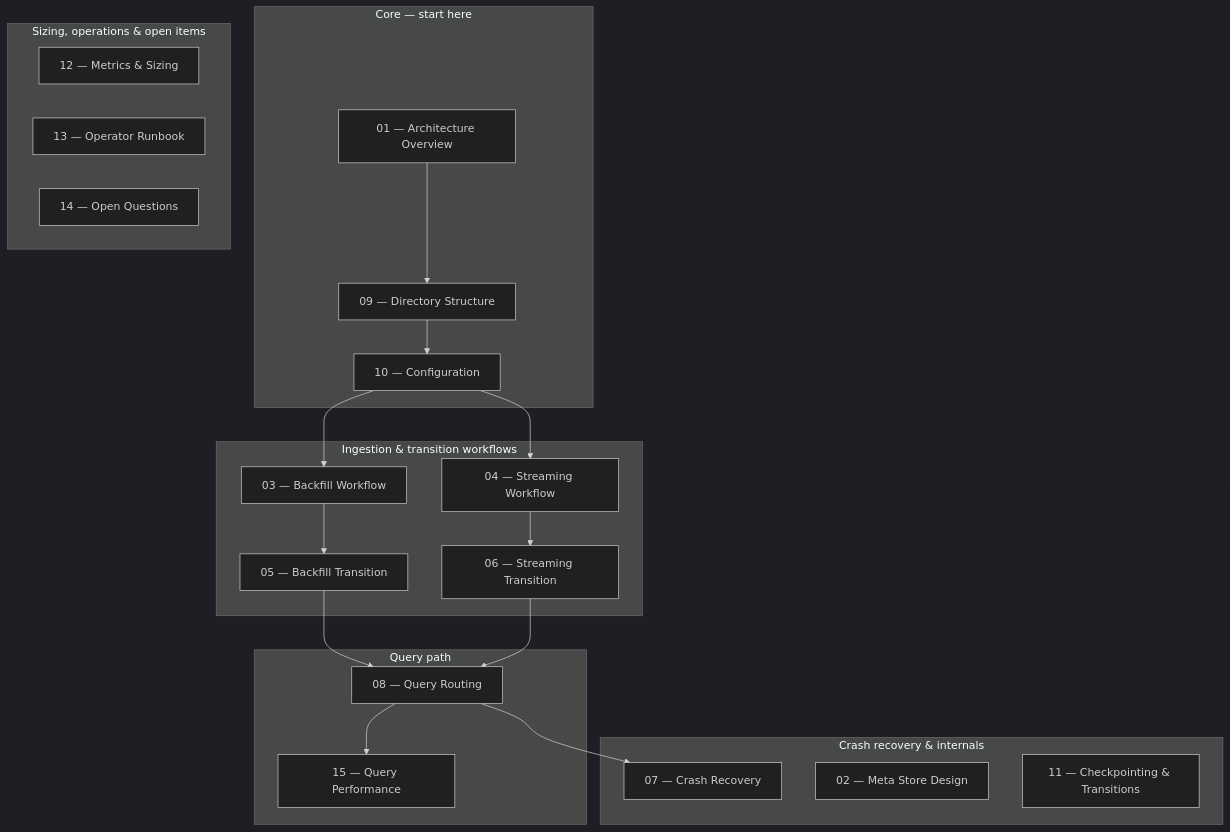
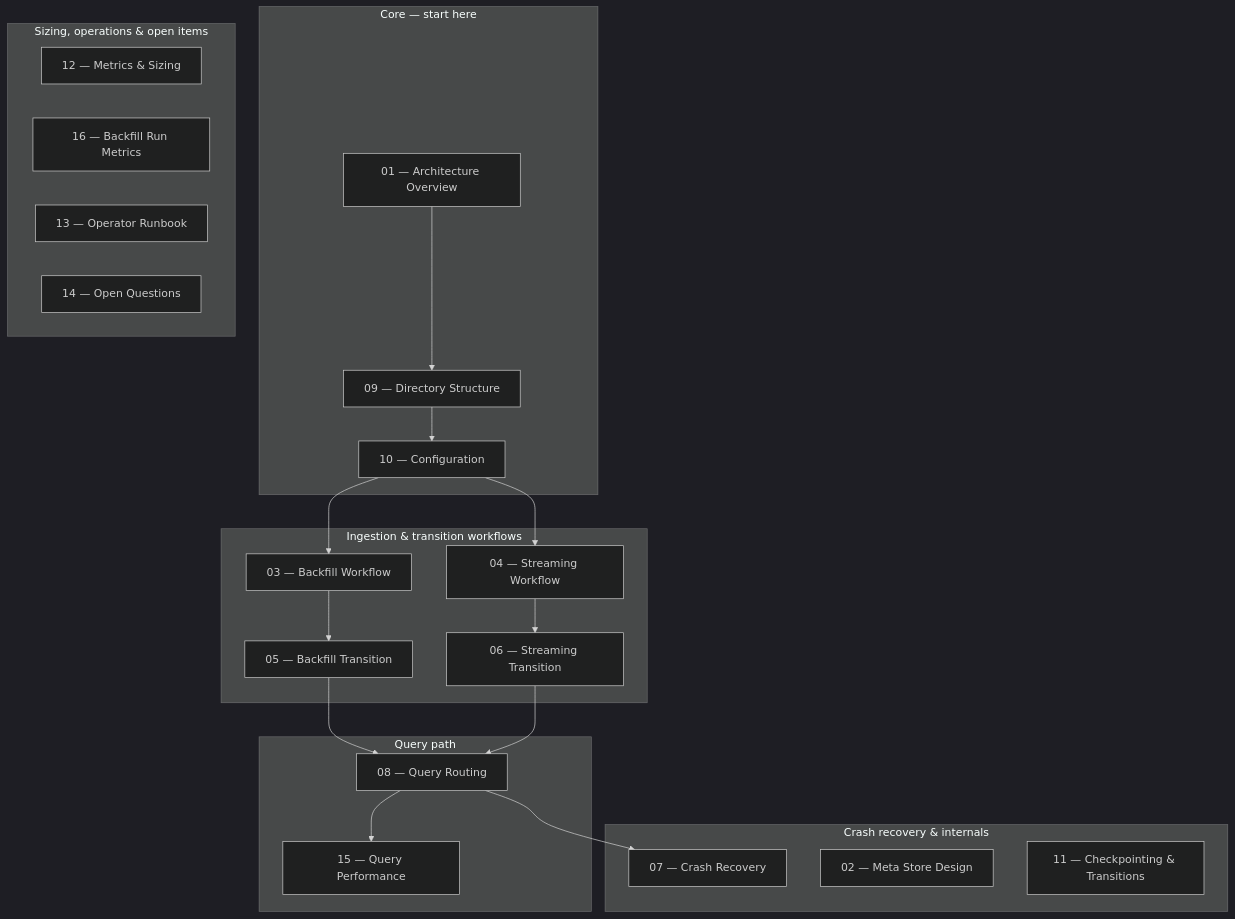
One commit to stellar/stellar-rpc changed the second of 2 diagrams in full-history/design-docs/README.md. Above: the diagram before and after it, drawn with Mermaid (dark theme). The commit also changed other lines of this file and 1 other file, not shown here.

First line of the commit message:
Add backfill run metrics doc for full 60M-ledger production run

````diff
--- a/full-history/design-docs/README.md
+++ b/full-history/design-docs/README.md
@@ -195,32 +196,33 @@
 ```mermaid
 flowchart TD
     subgraph core ["Core — start here"]
         A["01 — Architecture Overview"] --> B["09 — Directory Structure"]
         B --> C["10 — Configuration"]
     end
 
     subgraph workflows ["Ingestion & transition workflows"]
         D["03 — Backfill Workflow"] --> F["05 — Backfill Transition"]
         E["04 — Streaming Workflow"] --> G["06 — Streaming Transition"]
     end
 
     subgraph query ["Query path"]
         I["08 — Query Routing"] --> P["15 — Query Performance"]
     end
 
     subgraph recovery ["Crash recovery & internals"]
         H["07 — Crash Recovery"]
         J["02 — Meta Store Design"]
         K["11 — Checkpointing & Transitions"]
     end
 
     subgraph ops ["Sizing, operations & open items"]
         L["12 — Metrics & Sizing"]
+        O["16 — Backfill Run Metrics"]
         M["13 — Operator Runbook"]
         N["14 — Open Questions"]
     end
 
     C --> D & E
     F & G --> I
     I --> H
 ```
````
